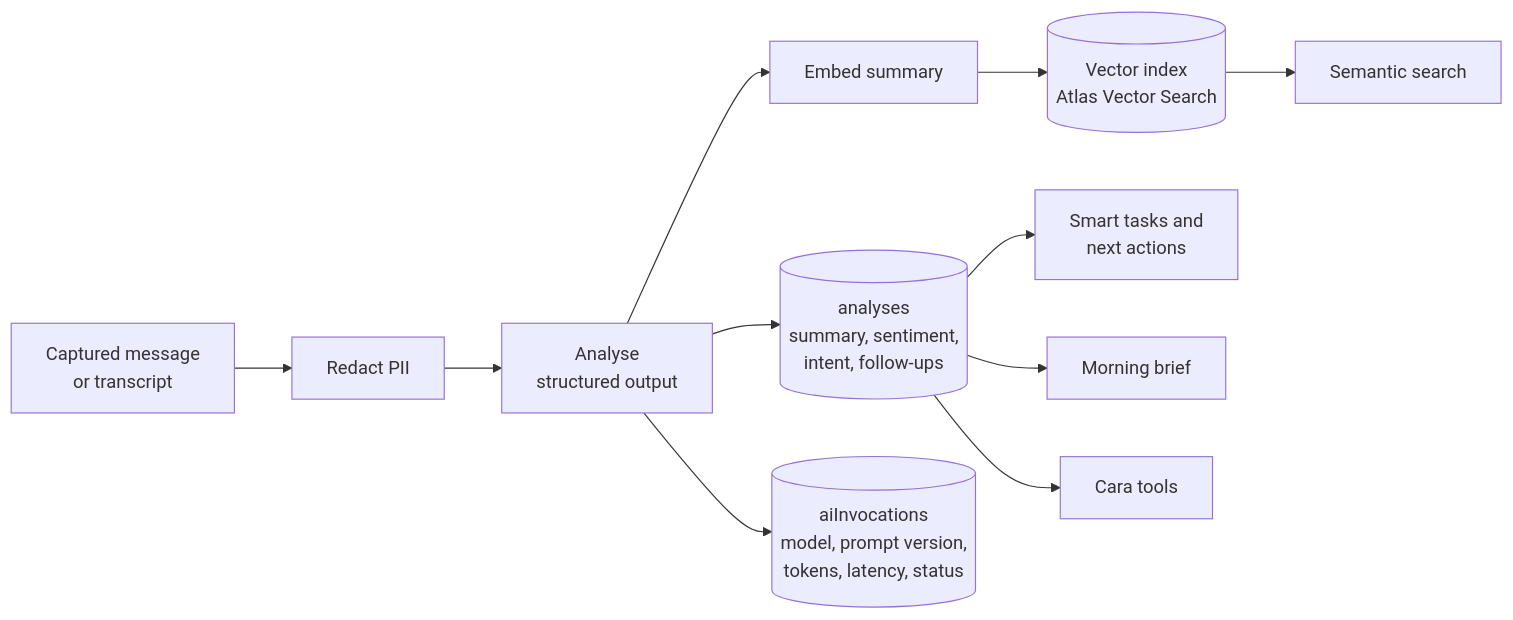
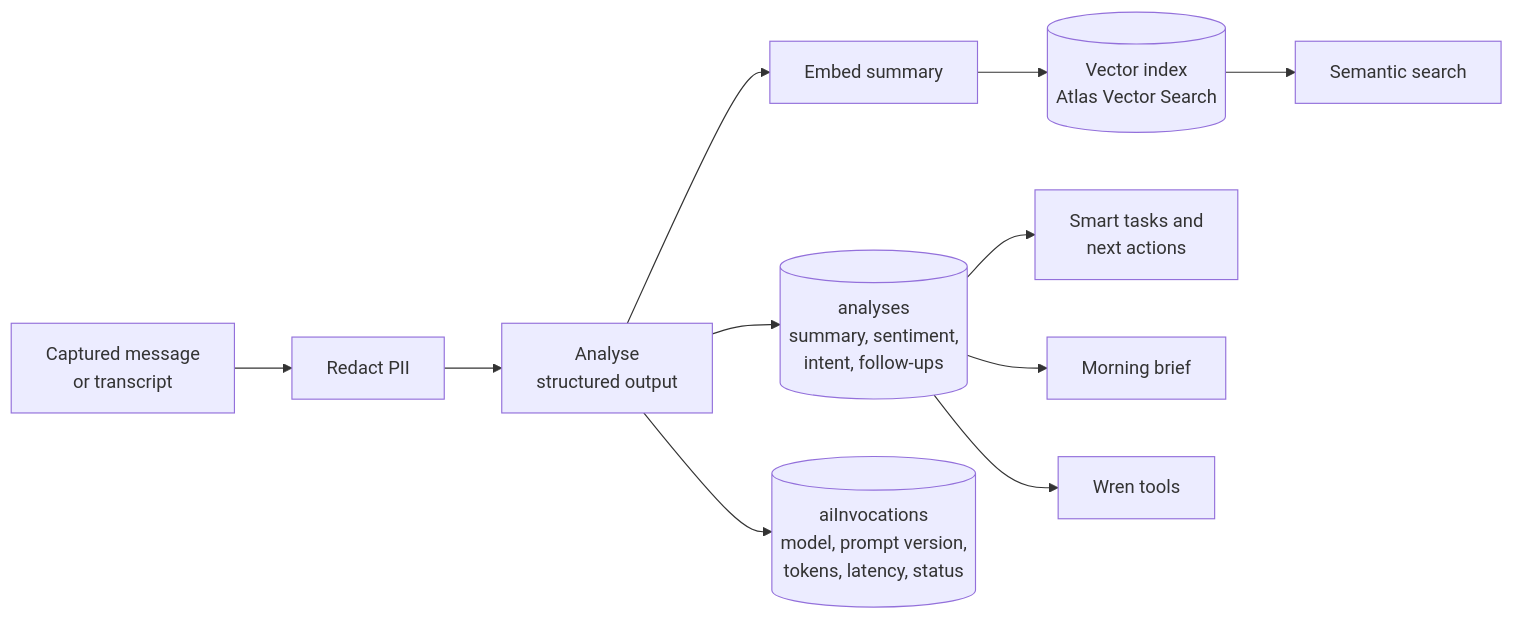
One commit to sonishivam1/ambient-crm changed the first of 2 diagrams in docs/architecture/ai.md. Above: the diagram before and after it, drawn with Mermaid. The commit also changed other lines of this file and 21 other files, not shown here.

First line of the commit message:
refactor: rename the AI assistant from Cara to Wren

````diff
--- a/docs/architecture/ai.md
+++ b/docs/architecture/ai.md
@@ -9,13 +9,13 @@
 ```mermaid
 flowchart LR
   cap["Captured message<br/>or transcript"] --> red["Redact PII"]
   red --> an["Analyse<br/>structured output"]
   an --> store[("analyses<br/>summary, sentiment,<br/>intent, follow-ups")]
   an --> emb["Embed summary"]
   emb --> vec[("Vector index<br/>Atlas Vector Search")]
   store --> st["Smart tasks and<br/>next actions"]
   store --> brief["Morning brief"]
-  store --> cara["Cara tools"]
+  store --> wren["Wren tools"]
   vec --> search["Semantic search"]
   an --> log[("aiInvocations<br/>model, prompt version,<br/>tokens, latency, status")]
 ```
````
